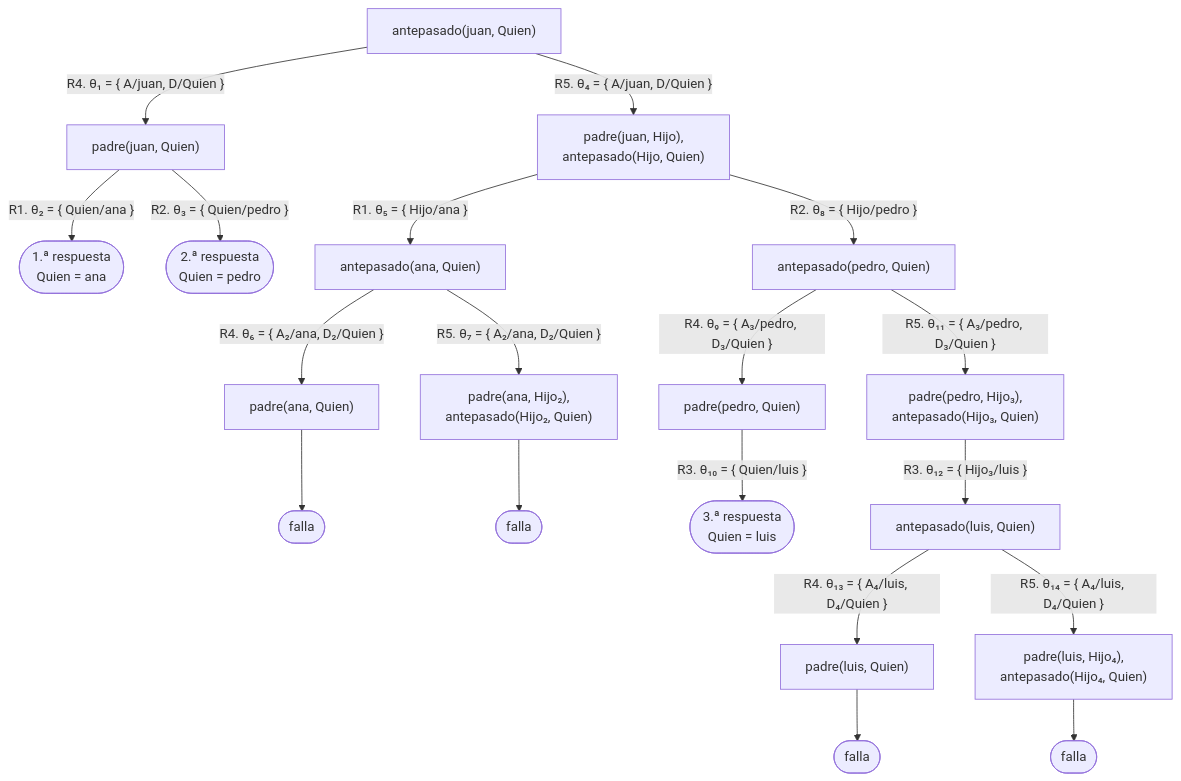
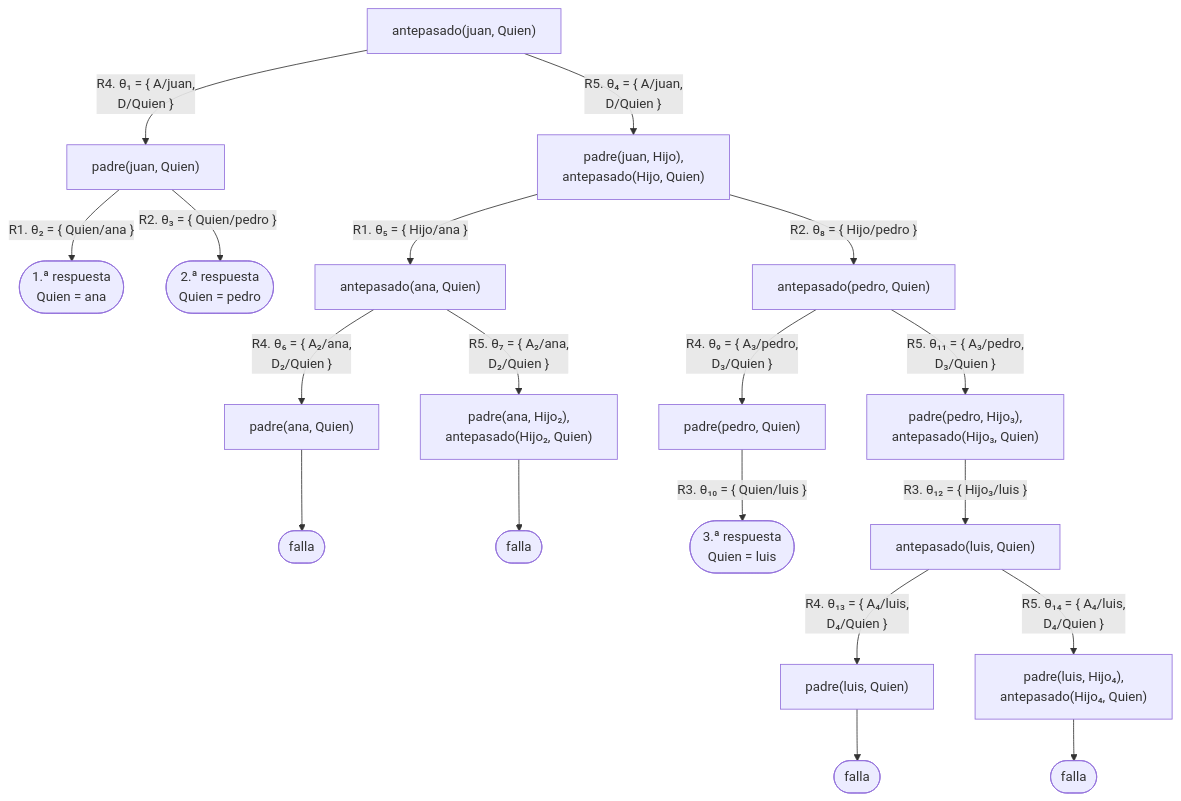
The fourth of 7 diagrams in docs/capitulo-05-como-responde-prolog/index.md (CesarBallardini/curso-de-prolog), drawn with Mermaid before and after one commit. The commit also changed other lines of this file and 24 other files, not shown here.

First line of the commit message:
feat(docs): botones para ocultar las columnas laterales y etiquetas cortas en los diagramas

````diff
--- a/docs/capitulo-05-como-responde-prolog/index.md
+++ b/docs/capitulo-05-como-responde-prolog/index.md
@@ -350,21 +350,21 @@
 ```mermaid
 flowchart TD
-    A["antepasado(juan, Quien)"] -- "R4. θ₁ = {&nbsp;A/juan, D/Quien&nbsp;}" --> B["padre(juan, Quien)"]
-    A -- "R5. θ₄ = {&nbsp;A/juan, D/Quien&nbsp;}" --> C["padre(juan, Hijo),<br/>antepasado(Hijo, Quien)"]
+    A["antepasado(juan, Quien)"] -- "R4. θ₁ = {&nbsp;A/juan,<br/>D/Quien&nbsp;}" --> B["padre(juan, Quien)"]
+    A -- "R5. θ₄ = {&nbsp;A/juan,<br/>D/Quien&nbsp;}" --> C["padre(juan, Hijo),<br/>antepasado(Hijo, Quien)"]
     B -- "R1. θ₂ = {&nbsp;Quien/ana&nbsp;}" --> S1(["1.ª respuesta<br/>Quien = ana"])
     B -- "R2. θ₃ = {&nbsp;Quien/pedro&nbsp;}" --> S2(["2.ª respuesta<br/>Quien = pedro"])
     C -- "R1. θ₅ = {&nbsp;Hijo/ana&nbsp;}" --> D["antepasado(ana, Quien)"]
     C -- "R2. θ₈ = {&nbsp;Hijo/pedro&nbsp;}" --> E["antepasado(pedro, Quien)"]
-    D -- "R4. θ₆ = {&nbsp;A₂/ana, D₂/Quien&nbsp;}" --> D1["padre(ana, Quien)"]
-    D -- "R5. θ₇ = {&nbsp;A₂/ana, D₂/Quien&nbsp;}" --> D2["padre(ana, Hijo₂),<br/>antepasado(Hijo₂, Quien)"]
+    D -- "R4. θ₆ = {&nbsp;A₂/ana,<br/>D₂/Quien&nbsp;}" --> D1["padre(ana, Quien)"]
+    D -- "R5. θ₇ = {&nbsp;A₂/ana,<br/>D₂/Quien&nbsp;}" --> D2["padre(ana, Hijo₂),<br/>antepasado(Hijo₂, Quien)"]
     D1 --> F1(["falla"])
     D2 --> F2(["falla"])
-    E -- "R4. θ₉ = {&nbsp;A₃/pedro, D₃/Quien&nbsp;}" --> E1["padre(pedro, Quien)"]
-    E -- "R5. θ₁₁ = {&nbsp;A₃/pedro, D₃/Quien&nbsp;}" --> E2["padre(pedro, Hijo₃),<br/>antepasado(Hijo₃, Quien)"]
+    E -- "R4. θ₉ = {&nbsp;A₃/pedro,<br/>D₃/Quien&nbsp;}" --> E1["padre(pedro, Quien)"]
+    E -- "R5. θ₁₁ = {&nbsp;A₃/pedro,<br/>D₃/Quien&nbsp;}" --> E2["padre(pedro, Hijo₃),<br/>antepasado(Hijo₃, Quien)"]
     E1 -- "R3. θ₁₀ = {&nbsp;Quien/luis&nbsp;}" --> S3(["3.ª respuesta<br/>Quien = luis"])
     E2 -- "R3. θ₁₂ = {&nbsp;Hijo₃/luis&nbsp;}" --> G["antepasado(luis, Quien)"]
-    G -- "R4. θ₁₃ = {&nbsp;A₄/luis, D₄/Quien&nbsp;}" --> G1["padre(luis, Quien)"]
-    G -- "R5. θ₁₄ = {&nbsp;A₄/luis, D₄/Quien&nbsp;}" --> G2["padre(luis, Hijo₄),<br/>antepasado(Hijo₄, Quien)"]
+    G -- "R4. θ₁₃ = {&nbsp;A₄/luis,<br/>D₄/Quien&nbsp;}" --> G1["padre(luis, Quien)"]
+    G -- "R5. θ₁₄ = {&nbsp;A₄/luis,<br/>D₄/Quien&nbsp;}" --> G2["padre(luis, Hijo₄),<br/>antepasado(Hijo₄, Quien)"]
     G1 --> F3(["falla"])
     G2 --> F4(["falla"])
 ```
````
